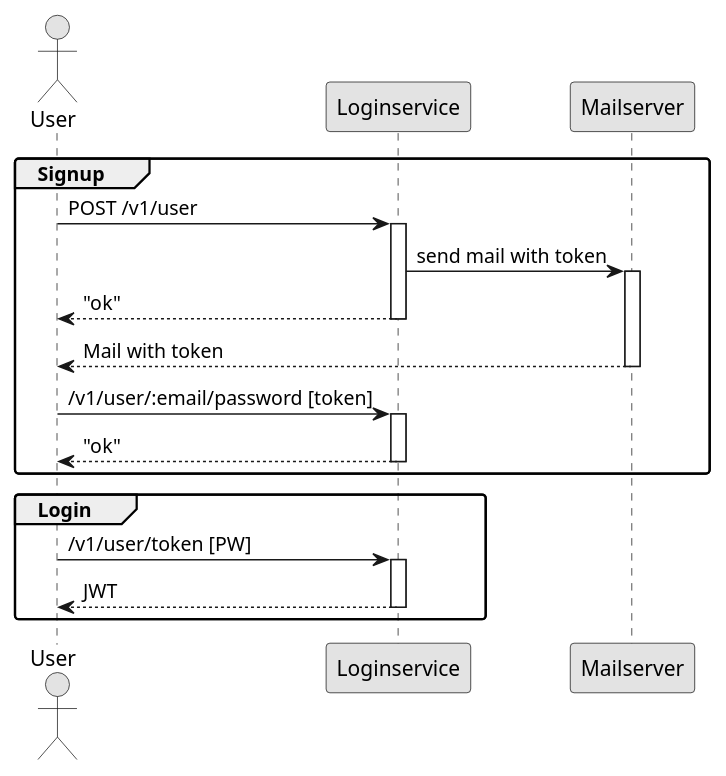
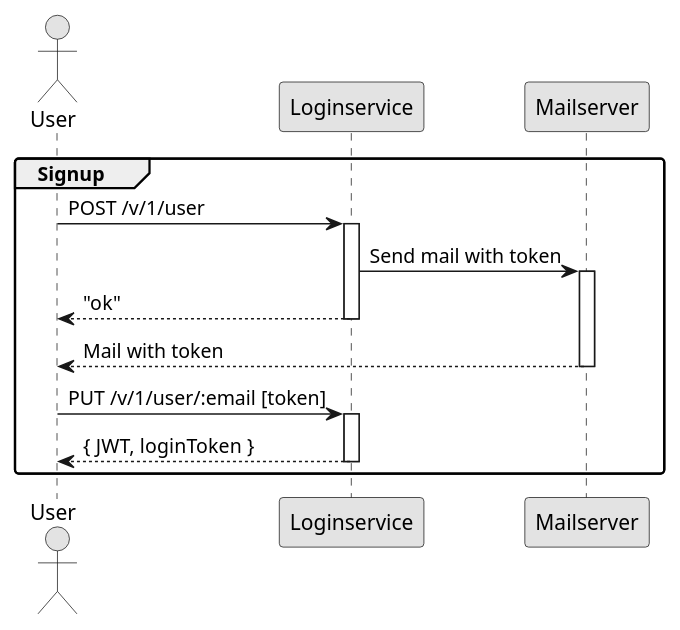
Before and after one commit to phuhl/apparts-login-server: the first of 3 diagrams in README.org, drawn with PlantUML. The commit also changed other lines of this file and 4 other files, not shown here.

```diff
--- a/README.org
+++ b/README.org
@@ -372,29 +373,22 @@
 #+BEGIN_SRC plantuml :file signup.png :exports results
 skinparam roundcorner 5
 skinparam monochrome true
 skinparam shadowing false
 actor User
 
 group Signup
-User -> Loginservice : POST /v1/user
+User -> Loginservice : POST /v/1/user
 activate Loginservice
-Loginservice -> Mailserver : send mail with token
+Loginservice -> Mailserver : Send mail with token
 activate Mailserver
 User <-- Loginservice : "ok"
 deactivate Loginservice
 User <-- Mailserver : Mail with token
 deactivate Mailserver
 
-User -> Loginservice : /v1/user/:email/password [token]
+User -> Loginservice : PUT /v/1/user/:email [token]
 activate Loginservice
-User <-- Loginservice : "ok"
-deactivate Loginservice
-end
-
-group Login
-User -> Loginservice : /v1/user/token [PW]
-activate Loginservice
-User <-- Loginservice : JWT
+User <-- Loginservice : { JWT, loginToken }
 deactivate Loginservice
 end
 #+END_SRC
```
